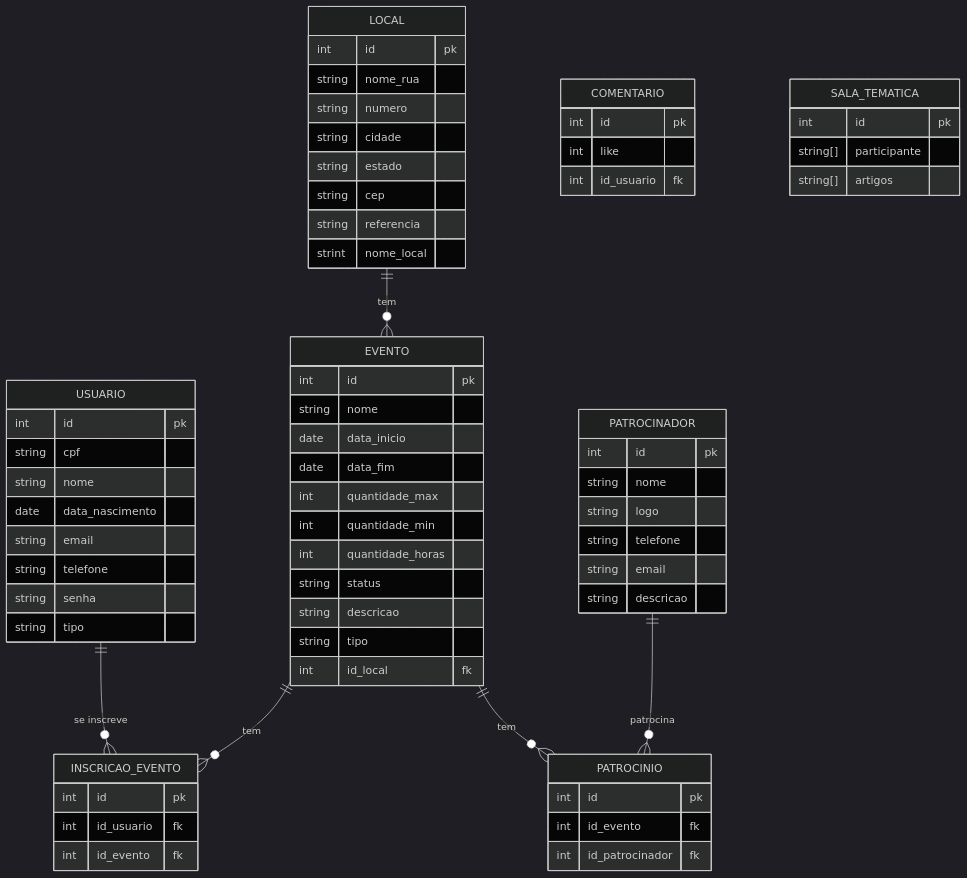
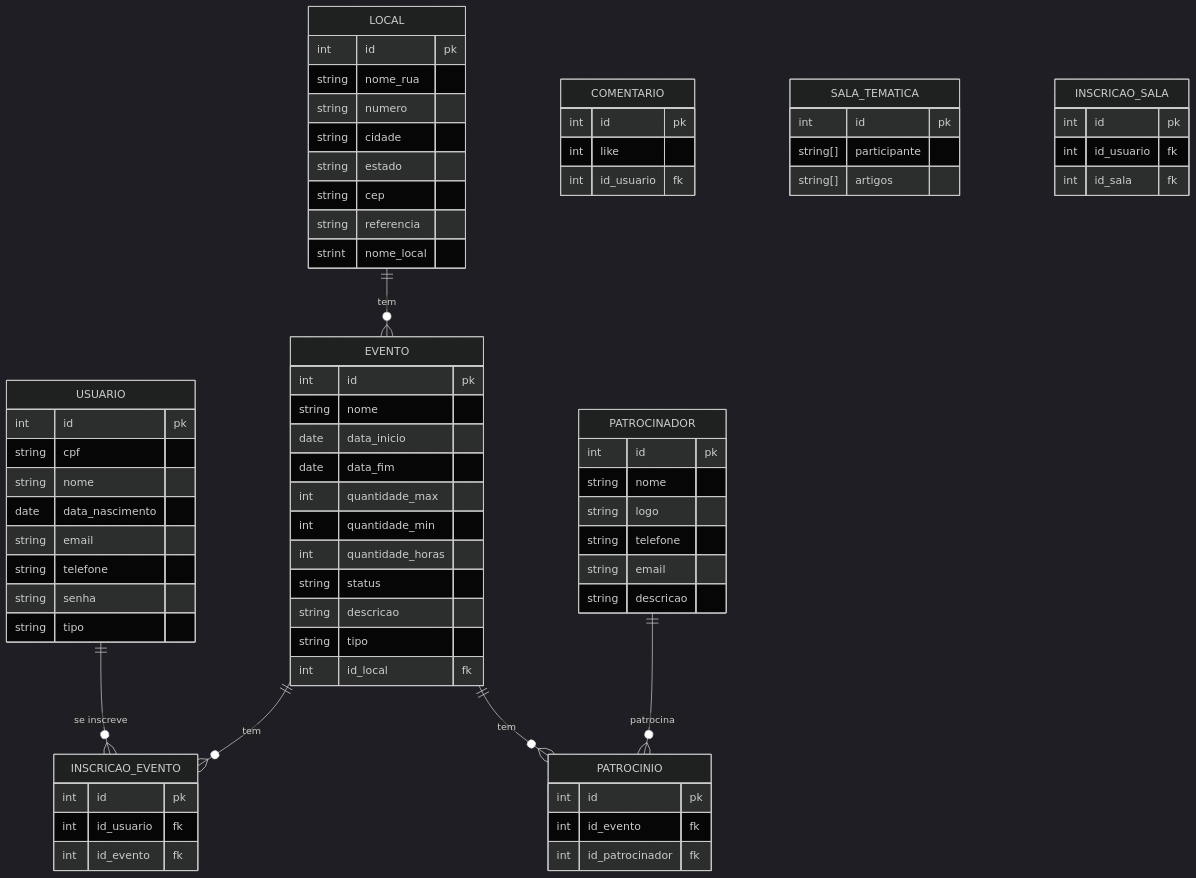
One commit to tallysdev/eventSync changed the diagram in docs/doc-visao.md. Above: the diagram before and after it, drawn with Mermaid (dark theme).

Commit message:
docs: add "INSCRICAO_SALA" no modelo ER #32

```diff
--- a/docs/doc-visao.md
+++ b/docs/doc-visao.md
@@ -183,6 +183,12 @@
         string[] artigos
     }
 
+    INSCRICAO_SALA {
+        int id pk
+        int id_usuario fk
+        int id_sala fk
+    }
+
     USUARIO ||--o{ INSCRICAO_EVENTO : "se inscreve"
 
     EVENTO ||--o{ INSCRICAO_EVENTO : "tem"
```
